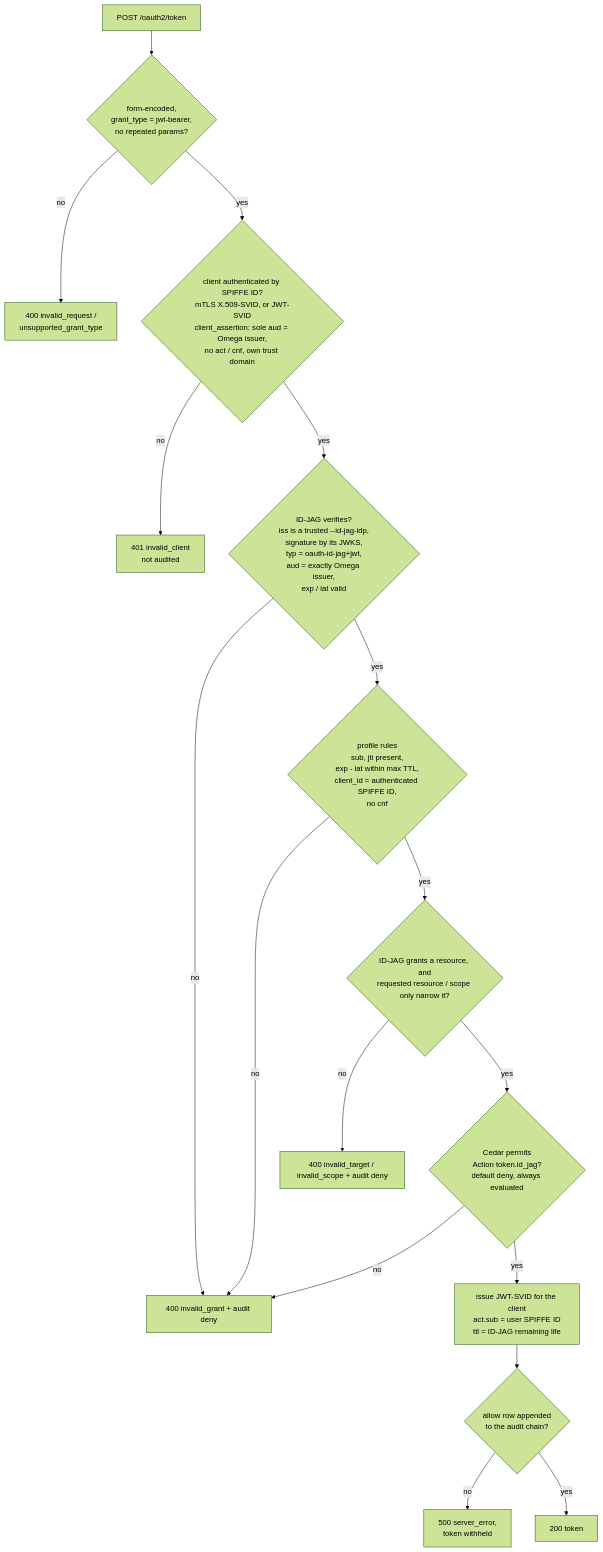
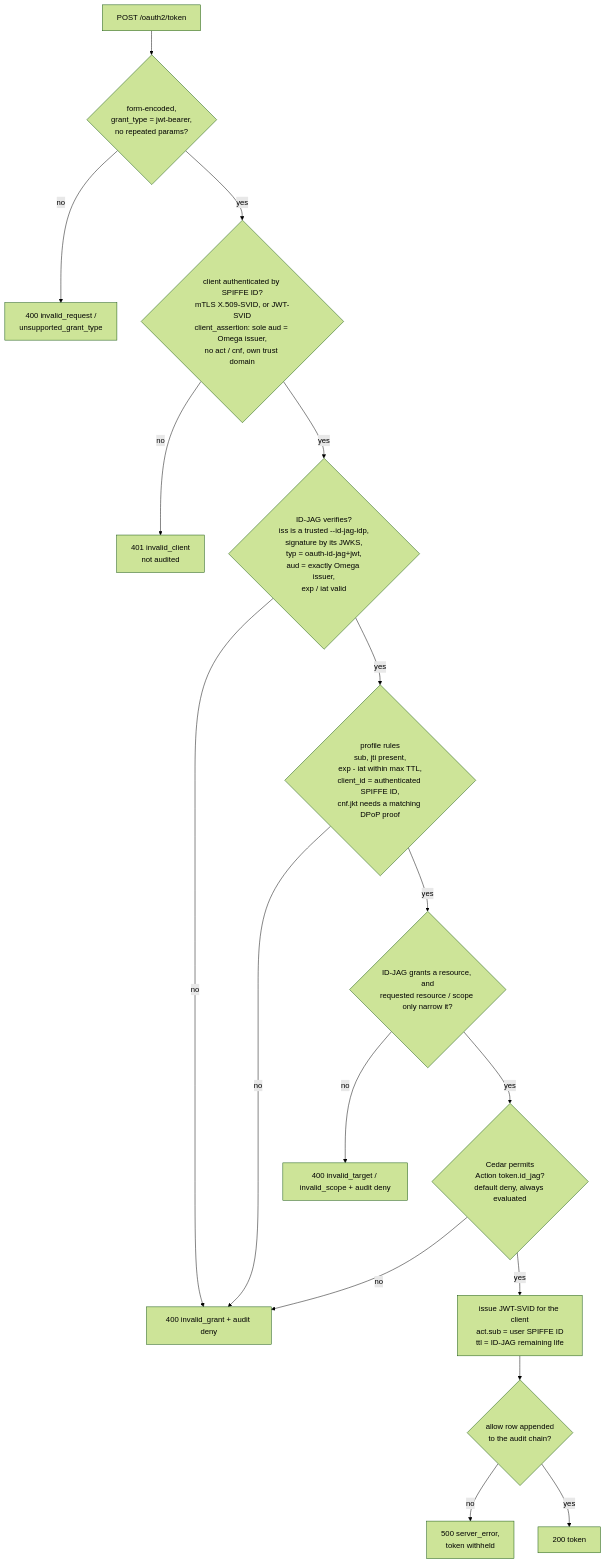
One commit to kanywst/omega changed the third of 5 diagrams in docs/id-jag.md. Above: the diagram before and after it, drawn with Mermaid (forest theme). The commit also changed other lines of this file and 14 other files, not shown here.

````diff
--- a/docs/id-jag.md
+++ b/docs/id-jag.md
@@ -72,19 +72,19 @@
 ```mermaid
 flowchart TD
   R[POST /oauth2/token] --> F{form-encoded,<br/>grant_type = jwt-bearer,<br/>no repeated params?}
   F -- no --> E1[400 invalid_request /<br/>unsupported_grant_type]
   F -- yes --> C{client authenticated by SPIFFE ID?<br/>mTLS X.509-SVID, or JWT-SVID<br/>client_assertion: sole aud = Omega issuer,<br/>no act / cnf, own trust domain}
   C -- no --> E2[401 invalid_client<br/>not audited]
   C -- yes --> V{ID-JAG verifies?<br/>iss is a trusted --id-jag-idp,<br/>signature by its JWKS,<br/>typ = oauth-id-jag+jwt,<br/>aud = exactly Omega issuer,<br/>exp / iat valid}
   V -- no --> E3[400 invalid_grant + audit deny]
-  V -- yes --> B{profile rules<br/>sub, jti present,<br/>exp - iat within max TTL,<br/>client_id = authenticated SPIFFE ID,<br/>no cnf}
+  V -- yes --> B{profile rules<br/>sub, jti present,<br/>exp - iat within max TTL,<br/>client_id = authenticated SPIFFE ID,<br/>cnf.jkt needs a matching DPoP proof}
   B -- no --> E3
   B -- yes --> N{ID-JAG grants a resource, and<br/>requested resource / scope only narrow it?}
   N -- no --> E4[400 invalid_target / invalid_scope + audit deny]
   N -- yes --> P{Cedar permits<br/>Action token.id_jag?<br/>default deny, always evaluated}
   P -- no --> E3
   P -- yes --> I[issue JWT-SVID for the client<br/>act.sub = user SPIFFE ID<br/>ttl = ID-JAG remaining life]
   I --> AU{allow row appended<br/>to the audit chain?}
   AU -- no --> E5[500 server_error,<br/>token withheld]
   AU -- yes --> OK[200 token]
 ```
````
